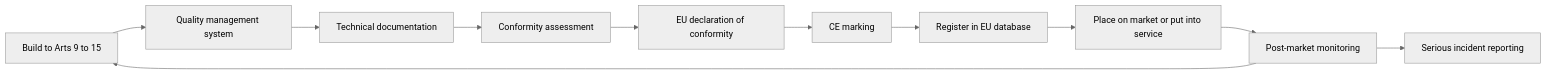
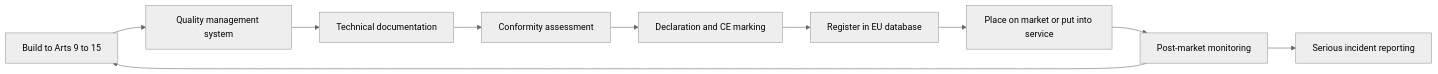
The second of 2 diagrams in aigp/modules/06-eu-ai-act.md (Tamoura/system-design-for-vibe-coders), drawn with Mermaid (neutral theme) before and after one commit. The commit also changed other lines of this file and 1 other file, not shown here.

````diff
--- a/aigp/modules/06-eu-ai-act.md
+++ b/aigp/modules/06-eu-ai-act.md
@@ -359,13 +336,12 @@
 ```mermaid
 flowchart LR
   A[Build to Arts 9 to 15] --> B[Quality management system]
   B --> C[Technical documentation]
   C --> D[Conformity assessment]
-  D --> E[EU declaration of conformity]
-  E --> F[CE marking]
-  F --> G[Register in EU database]
-  G --> H[Place on market or put into service]
-  H --> I[Post-market monitoring]
-  I --> J[Serious incident reporting]
-  I --> A
+  D --> E[Declaration and CE marking]
+  E --> F[Register in EU database]
+  F --> G[Place on market or put into service]
+  G --> H[Post-market monitoring]
+  H --> I[Serious incident reporting]
+  H --> A
 ```
````
